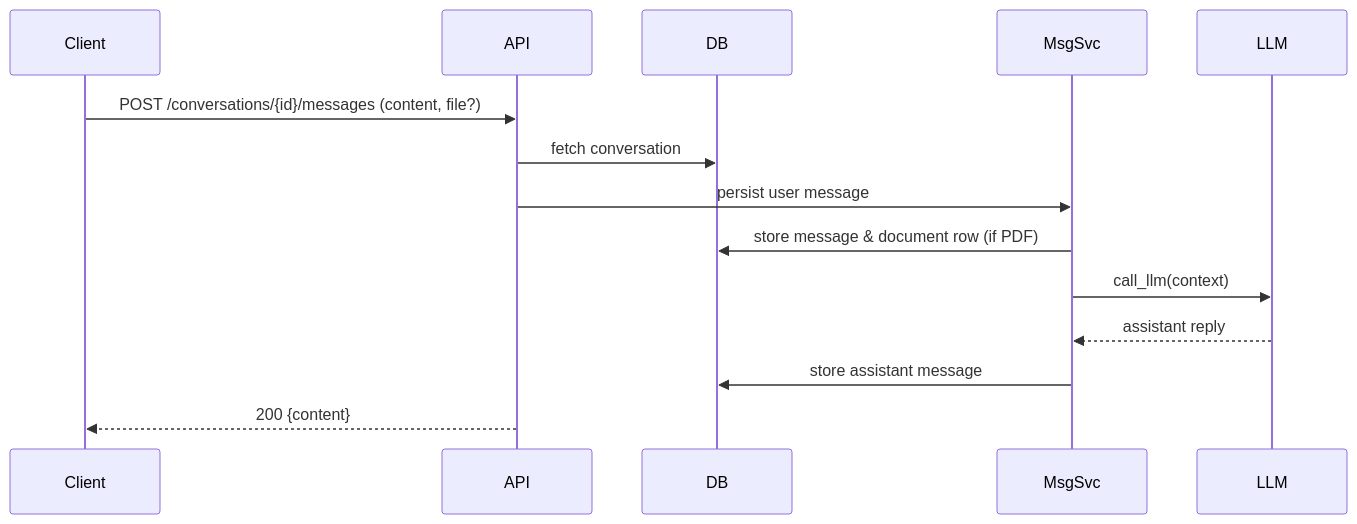
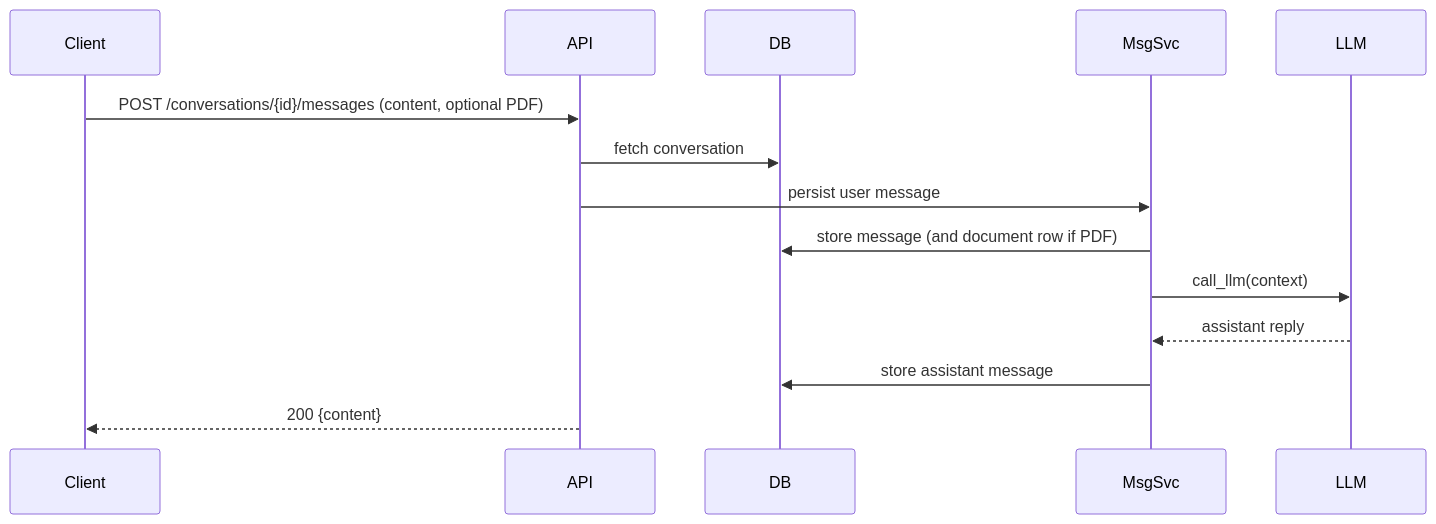
One commit to Rishabh1106/test-repo changed the fourth of 4 diagrams in README.md. Above: the diagram before and after it, drawn with Mermaid. The commit also changed other lines of this file, not shown here.

First line of the commit message:
Revise README for project title and API details

````diff
--- a/README.md
+++ b/README.md
@@ -99,17 +105,17 @@
 ```mermaid
 sequenceDiagram
   participant Client
   participant API
   participant DB
   participant MsgSvc
   participant LLM
 
-  Client->>API: POST /conversations/{id}/messages (content, file?)
+  Client->>API: POST /conversations/{id}/messages (content, optional PDF)
   API->>DB: fetch conversation
   API->>MsgSvc: persist user message
-  MsgSvc->>DB: store message & document row (if PDF)
+  MsgSvc->>DB: store message (and document row if PDF)
   MsgSvc->>LLM: call_llm(context)
   LLM-->>MsgSvc: assistant reply
   MsgSvc->>DB: store assistant message
   API-->>Client: 200 {content}
 ```
````
